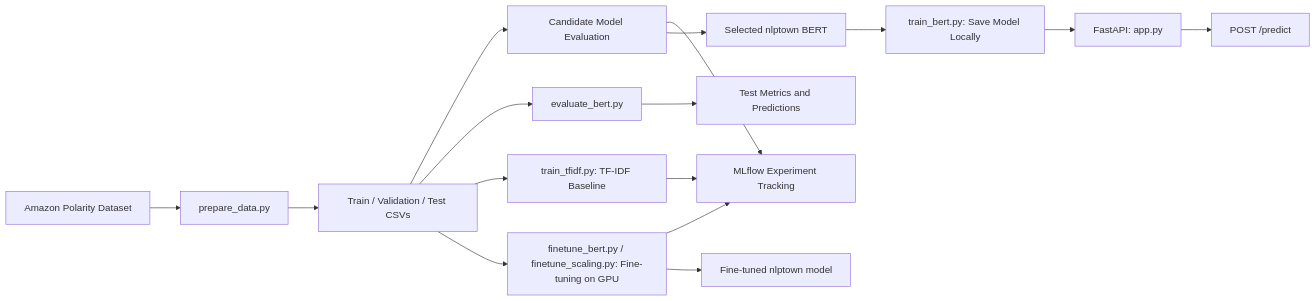
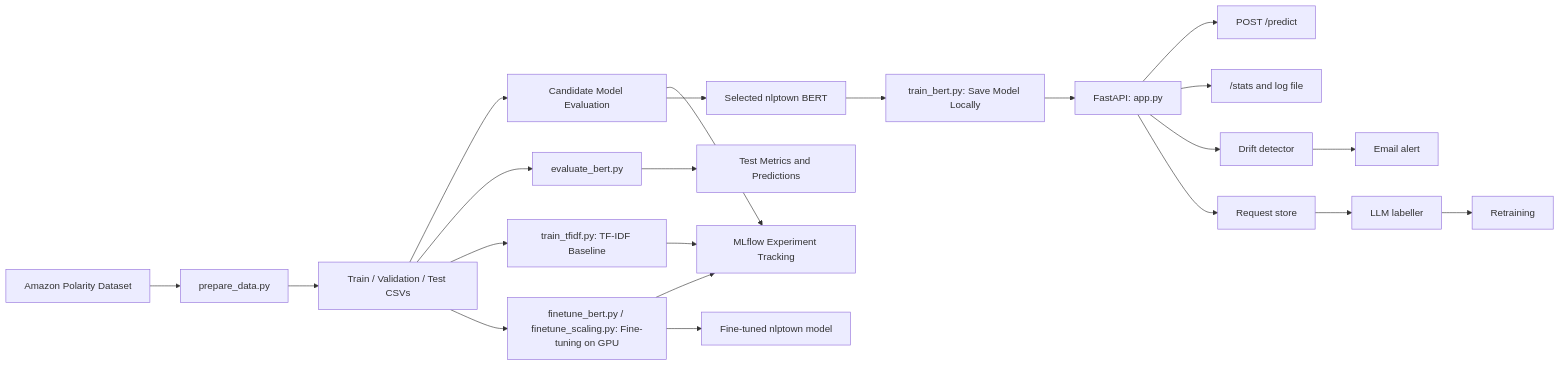
The diagram in README.md (Kashish598/ReviewPulse), drawn with Mermaid before and after one commit. The commit also changed other lines of this file and 1 other file, not shown here.

````diff
--- a/README.md
+++ b/README.md
@@ -9,18 +14,24 @@
 ```mermaid
 flowchart LR
     A[Amazon Polarity Dataset] --> B[prepare_data.py]
     B --> C[Train / Validation / Test CSVs]
     C --> D[Candidate Model Evaluation]
     D --> E[MLflow Experiment Tracking]
     D --> F[Selected nlptown BERT]
     F --> G[train_bert.py: Save Model Locally]
     G --> H[FastAPI: app.py]
     C --> I[evaluate_bert.py]
     H --> J[POST /predict]
     I --> K[Test Metrics and Predictions]
     C --> L[train_tfidf.py: TF-IDF Baseline]
     C --> M[finetune_bert.py / finetune_scaling.py: Fine-tuning on GPU]
     L --> E
     M --> E
     M --> N[Fine-tuned nlptown model]
+    H --> P["/stats and log file"]
+    H --> Q[Drift detector]
+    Q --> R[Email alert]
+    H --> S[Request store]
+    S --> T[LLM labeller]
+    T --> U[Retraining]
 ```
````
